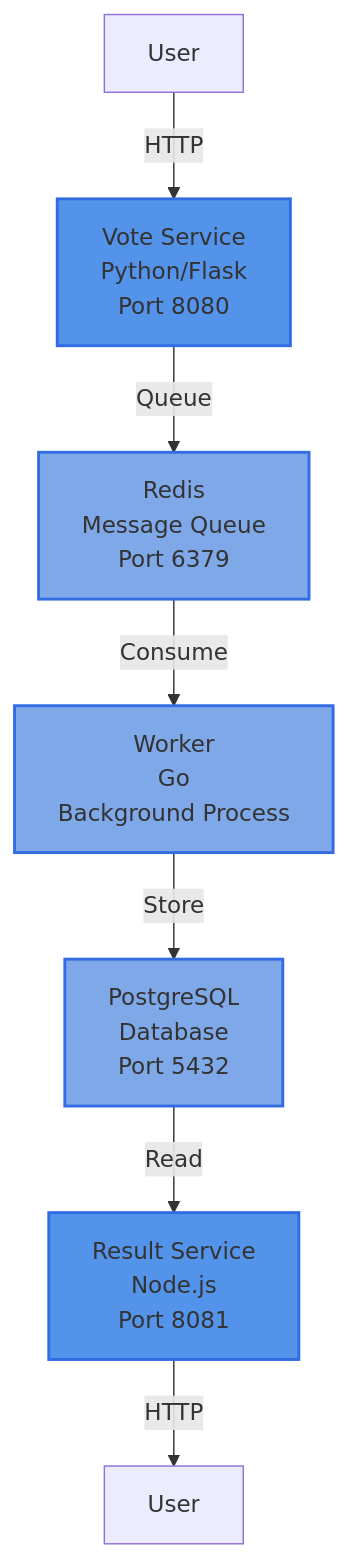
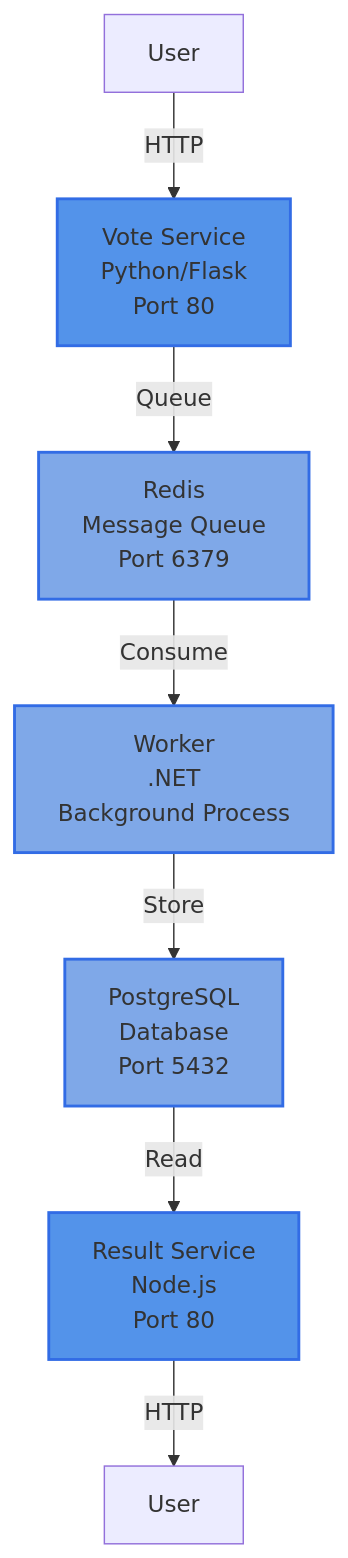
One commit to schoolofdevops/kubernetes-intermediate changed the first of 2 diagrams in docs/section-0/02-reading.md. Above: the diagram before and after it, drawn with Mermaid. The commit also changed other lines of this file and 2 other files, not shown here.

First line of the commit message:
docs(module-0): fix all port references and align documentation

````diff
--- a/docs/section-0/02-reading.md
+++ b/docs/section-0/02-reading.md
@@ -17,16 +17,16 @@
 ```mermaid
 graph TB
-    User1[User] -->|HTTP| Vote[Vote Service<br/>Python/Flask<br/>Port 8080]
+    User1[User] -->|HTTP| Vote[Vote Service<br/>Python/Flask<br/>Port 80]
     Vote -->|Queue| Redis[Redis<br/>Message Queue<br/>Port 6379]
-    Redis -->|Consume| Worker[Worker<br/>Go<br/>Background Process]
+    Redis -->|Consume| Worker[Worker<br/>.NET<br/>Background Process]
     Worker -->|Store| Postgres[PostgreSQL<br/>Database<br/>Port 5432]
-    Postgres -->|Read| Result[Result Service<br/>Node.js<br/>Port 8081]
+    Postgres -->|Read| Result[Result Service<br/>Node.js<br/>Port 80]
     Result -->|HTTP| User2[User]
 
     classDef k8sBlue fill:#326ce5,stroke:#fff,color:#fff
     classDef frontend fill:#5393ea,stroke:#326ce5,stroke-width:2px
     classDef backend fill:#7fa8e8,stroke:#326ce5,stroke-width:2px
 
     class Vote,Result frontend
     class Redis,Worker,Postgres backend
 ```
````
